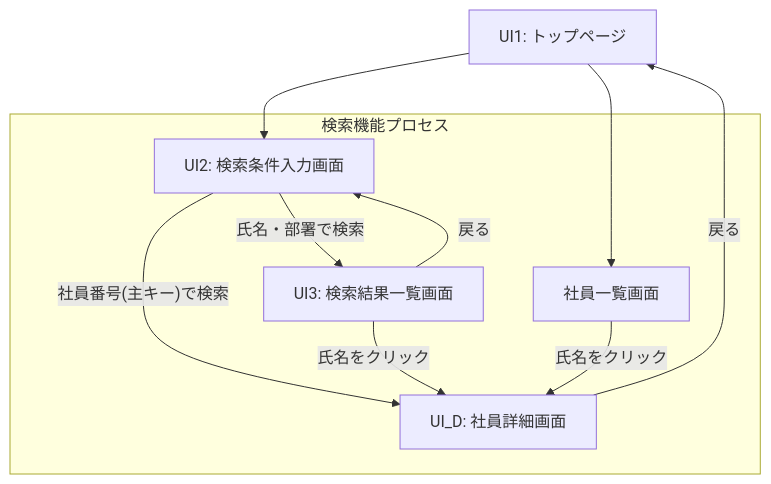
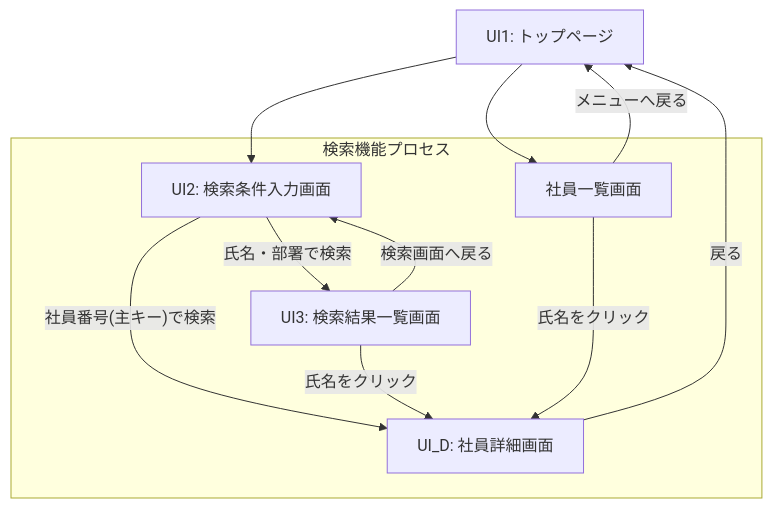
The diagram in EIMS_Comprehensive_Exercise_Guide.md (juyeongjung1/NewEIMS), drawn with Mermaid before and after one commit. The commit also changed other lines of this file and 2 other files, not shown here.

````diff
--- a/EIMS_Comprehensive_Exercise_Guide.md
+++ b/EIMS_Comprehensive_Exercise_Guide.md
@@ -67,15 +78,16 @@
 ```mermaid
 flowchart TD
     UI1[UI1: トップページ] --> UI2[UI2: 検索条件入力画面]
     UI1 --> UI_L[社員一覧画面]
     
     subgraph 検索機能プロセス
         UI2 -- "社員番号(主キー)で検索" --> UI_D[UI_D: 社員詳細画面]
         UI2 -- "氏名・部署で検索" --> UI3[UI3: 検索結果一覧画面]
         UI3 -- "氏名をクリック" --> UI_D
         UI_L -- "氏名をクリック" --> UI_D
     end
     
     UI_D -->|戻る| UI1
-    UI3 -->|戻る| UI2
+    UI3 -->|検索画面へ戻る| UI2
+    UI_L -->|メニューへ戻る| UI1
 ```
````
